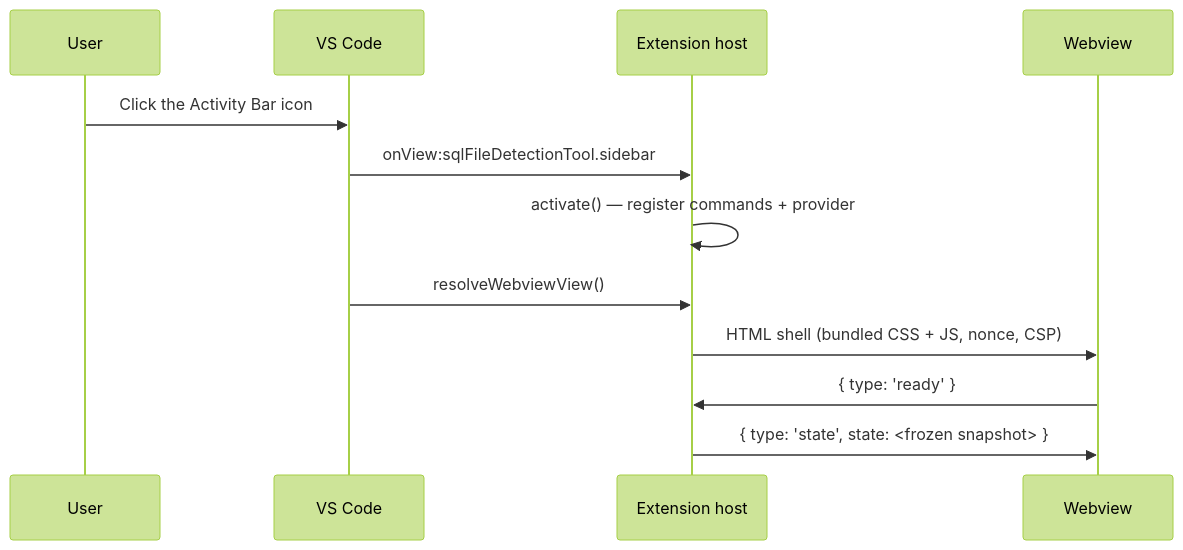
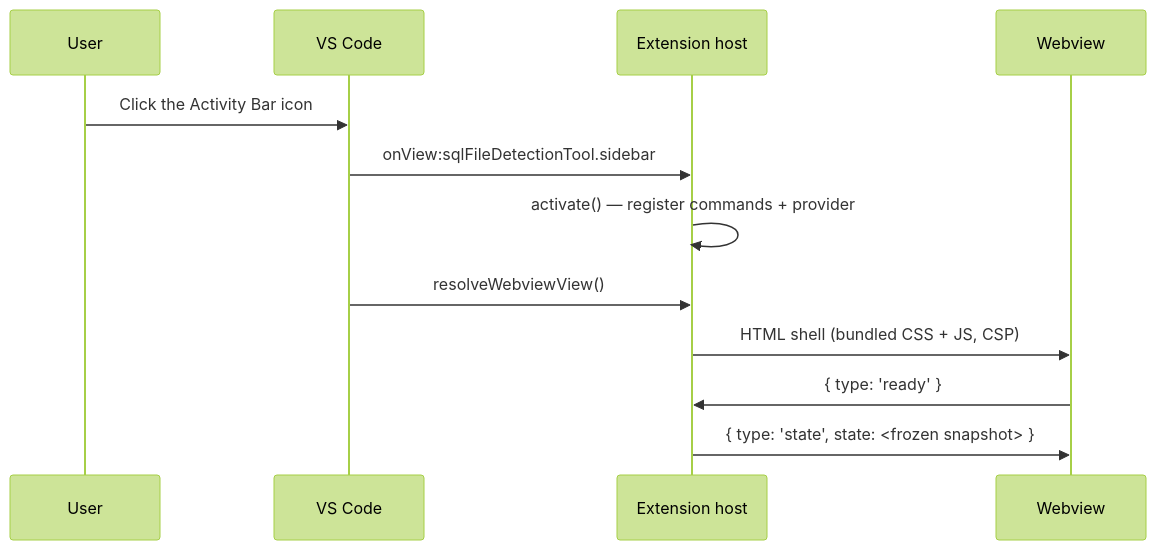
Before and after one commit to HugoMSFT/SQL-File-Detection-Tool: the diagram in docs/native-ui.md, drawn with Mermaid (forest theme). The commit also changed other lines of this file and 27 other files, not shown here.

````diff
--- a/docs/native-ui.md
+++ b/docs/native-ui.md
@@ -34,14 +35,14 @@
 ```mermaid
 sequenceDiagram
     participant U as User
     participant C as VS Code
     participant E as Extension host
     participant W as Webview
     U->>C: Click the Activity Bar icon
     C->>E: onView:sqlFileDetectionTool.sidebar
     E->>E: activate() — register commands + provider
     C->>E: resolveWebviewView()
-    E->>W: HTML shell (bundled CSS + JS, nonce, CSP)
+    E->>W: HTML shell (bundled CSS + JS, CSP)
     W->>E: { type: 'ready' }
     E->>W: { type: 'state', state: <frozen snapshot> }
 ```
````
